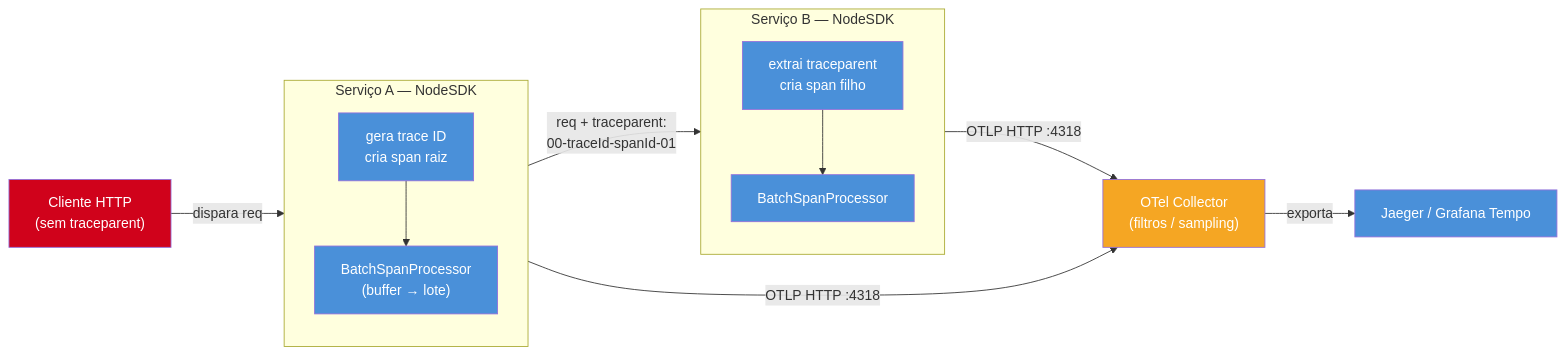
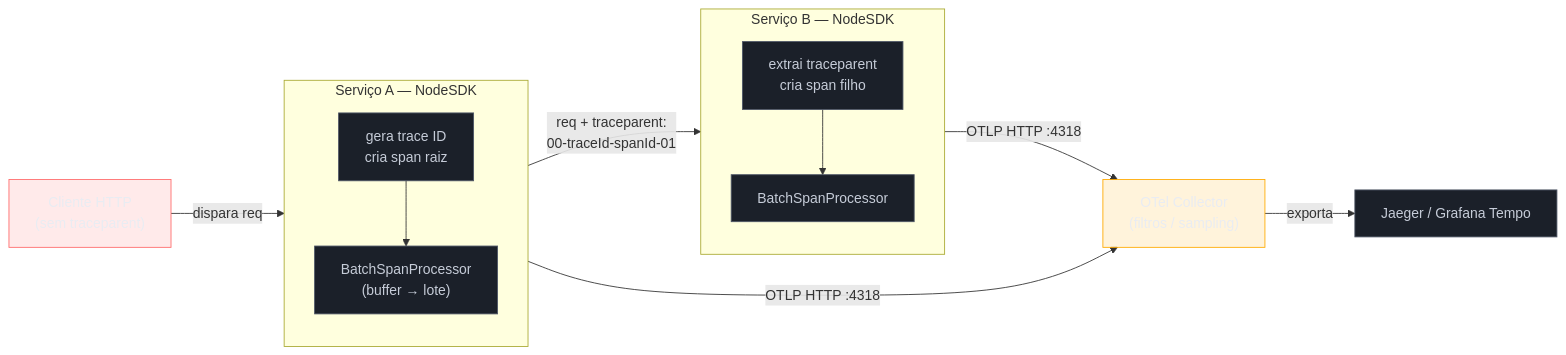
Before and after one commit to josenaldo/codex-technomanticus: the diagram in 03-Dominios/Tecnologia/Node/Observability e produção/06 - Tracing distribuído com OpenTelemetry.md, drawn with Mermaid. The commit also changed 1181 other files, not shown here.

First line of the commit message:
fix(diagramas): paleta do sistema no lugar de cor cravada no markdown

````diff
--- a/03-Dominios/Tecnologia/Node/Observability e produção/06 - Tracing distribuído com OpenTelemetry.md
+++ b/03-Dominios/Tecnologia/Node/Observability e produção/06 - Tracing distribuído com OpenTelemetry.md
@@ -32,28 +32,31 @@
 ```mermaid
 flowchart LR
+    classDef neutro fill:#1B2029,stroke:#4E5666,color:#C6CCD8
+    classDef destaque fill:#FFAA0024,stroke:#FFAA00,color:#E9ECF2
+    classDef falha fill:#FF6B6B24,stroke:#FF6B6B,color:#E9ECF2
     CL["Cliente HTTP\n(sem traceparent)"] -->|"dispara req"| SA
 
     subgraph SA["Serviço A — NodeSDK"]
         direction TB
         IA["gera trace ID\ncria span raiz"] --> PA["BatchSpanProcessor\n(buffer → lote)"]
     end
 
     SA -->|"req + traceparent:\n00-traceId-spanId-01"| SB
 
     subgraph SB["Serviço B — NodeSDK"]
         direction TB
         IB["extrai traceparent\ncria span filho"] --> PB["BatchSpanProcessor"]
     end
 
     PA -->|"OTLP HTTP :4318"| COL["OTel Collector\n(filtros / sampling)"]
     PB -->|"OTLP HTTP :4318"| COL
     COL -->|"exporta"| BE["Jaeger / Grafana Tempo"]
 
-    style IA fill:#4A90D9,color:#fff
-    style IB fill:#4A90D9,color:#fff
-    style PA fill:#4A90D9,color:#fff
-    style PB fill:#4A90D9,color:#fff
-    style COL fill:#F5A623,color:#fff
-    style BE fill:#4A90D9,color:#fff
-    style CL fill:#D0021B,color:#fff
+    class IA neutro
+    class IB neutro
+    class PA neutro
+    class PB neutro
+    class COL destaque
+    class BE neutro
+    class CL falha
 ```
````
